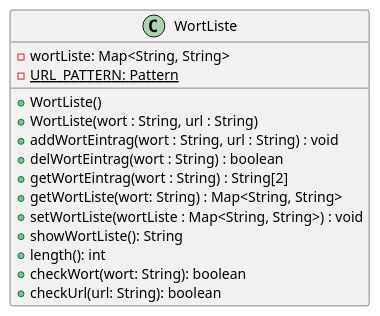
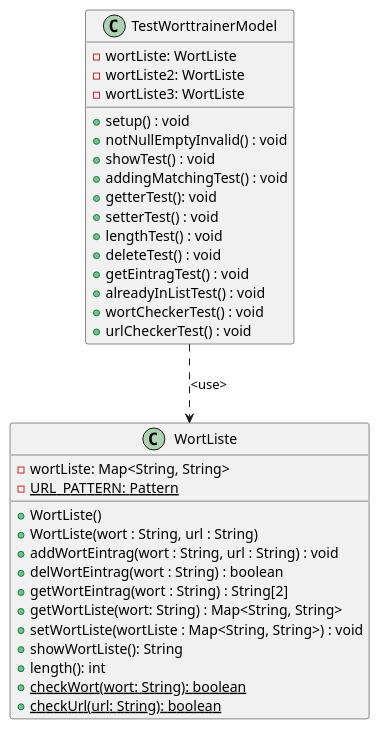
The diagram in build/resources/main/Worttrainer Reloaded.puml (TGM-HIT/sew9-2425-worttrainer-Batscho), drawn with PlantUML before and after one commit. The commit also changed 22 other files, not shown here.

```diff
--- a/build/resources/main/Worttrainer Reloaded.puml
+++ b/build/resources/main/Worttrainer Reloaded.puml
@@ -1,21 +1,40 @@
 @startuml
 'https://plantuml.com/class-diagram
 
+TestWorttrainerModel ..> WortListe : <use>
 
 class WortListe {
 - wortListe: Map<String, String>
 - {static} URL_PATTERN: Pattern
 + WortListe()
 + WortListe(wort : String, url : String)
 + addWortEintrag(wort : String, url : String) : void
 + delWortEintrag(wort : String) : boolean
 + getWortEintrag(wort : String) : String[2]
 + getWortListe(wort: String) : Map<String, String>
 + setWortListe(wortListe : Map<String, String>) : void
 + showWortListe(): String
 + length(): int
-+ checkWort(wort: String): boolean
-+ checkUrl(url: String): boolean
++ {static} checkWort(wort: String): boolean
++ {static} checkUrl(url: String): boolean
+}
+
+class TestWorttrainerModel {
+- wortListe: WortListe
+- wortListe2: WortListe
+- wortListe3: WortListe
++ setup() : void
++ notNullEmptyInvalid() : void
++ showTest() : void
++ addingMatchingTest() : void
++ getterTest(): void
++ setterTest() : void
++ lengthTest() : void
++ deleteTest() : void
++ getEintragTest() : void
++ alreadyInListTest() : void
++ wortCheckerTest() : void
++ urlCheckerTest() : void
 }
 
 @enduml
```
